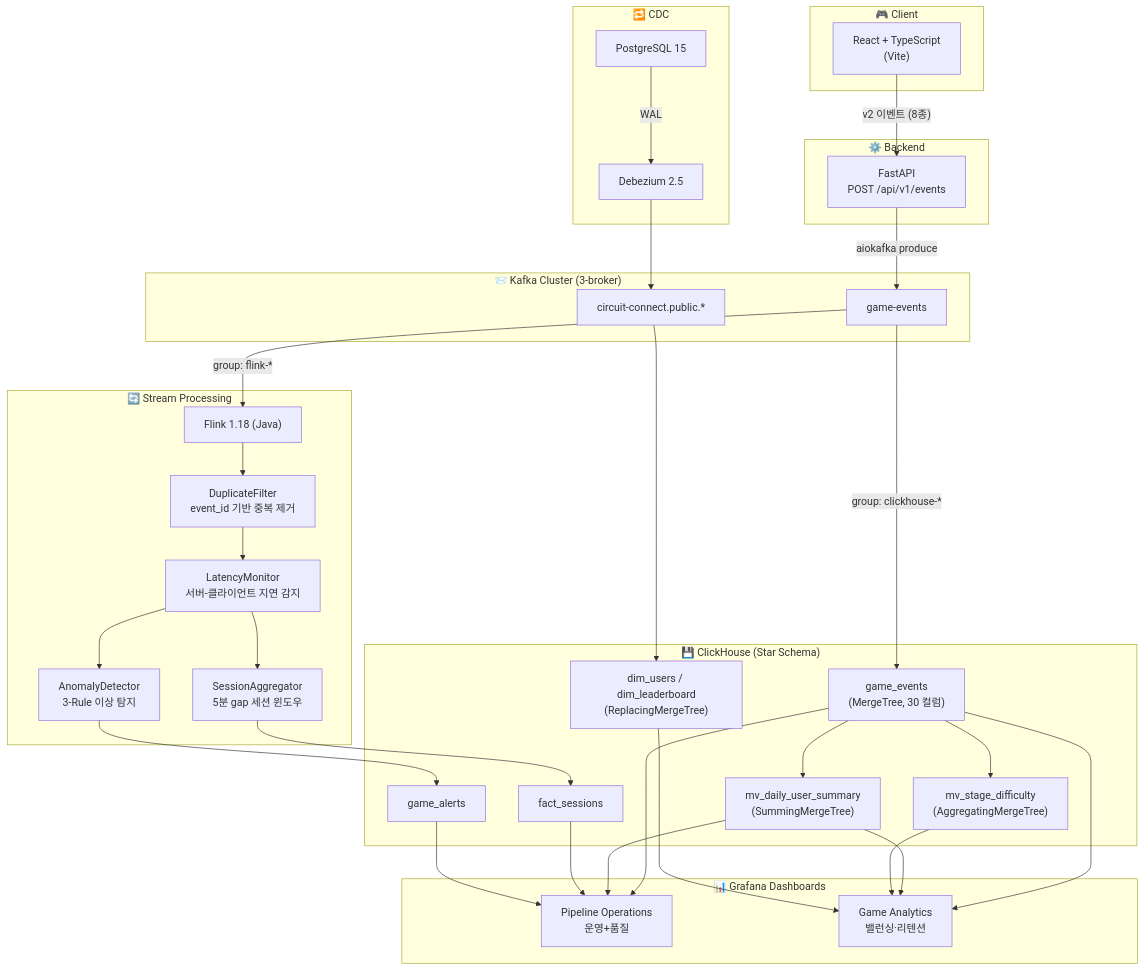
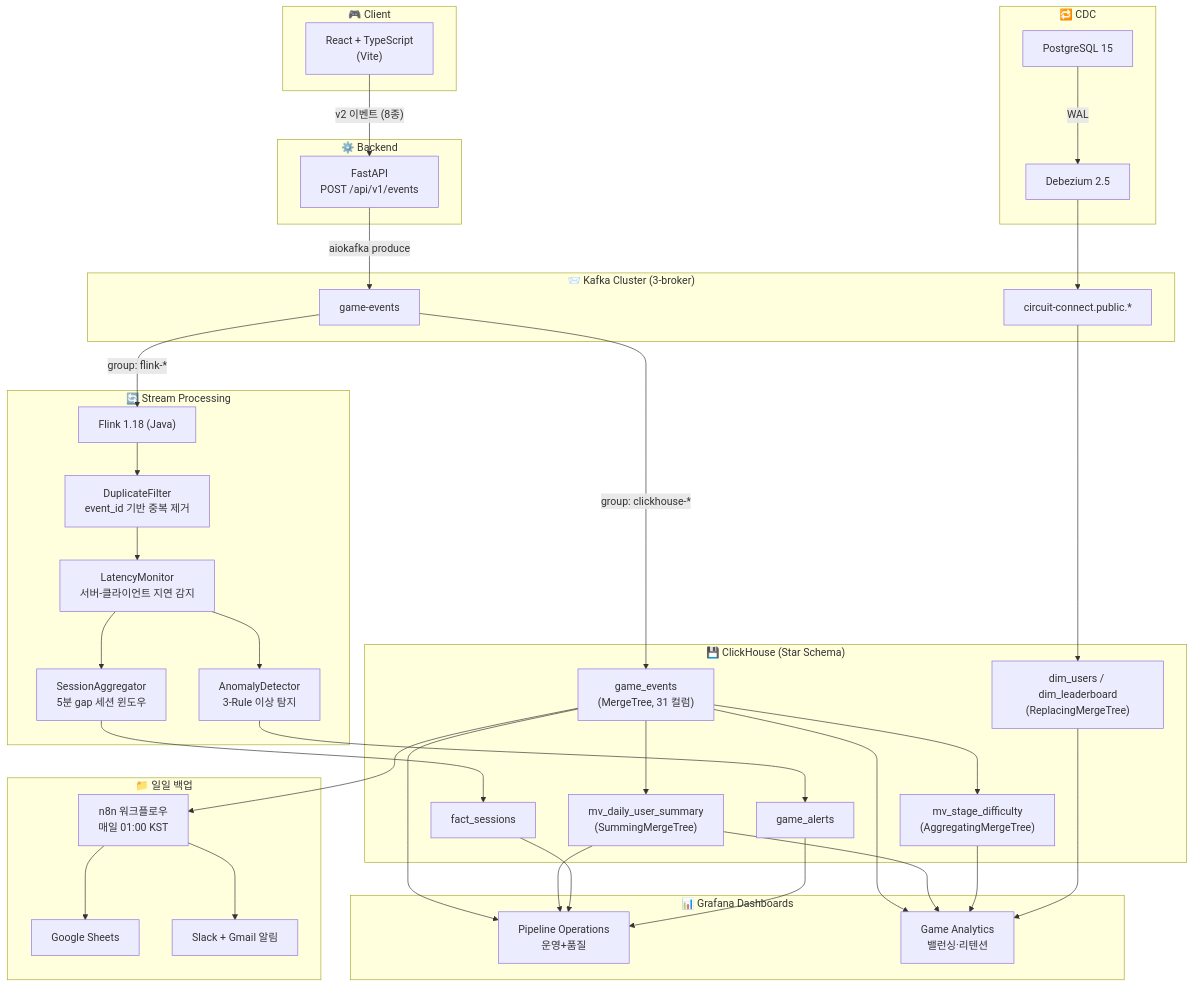
Before and after one commit to Aguantar/circuit-connect: the diagram in README.md, drawn with Mermaid. The commit also changed other lines of this file and 23 other files, not shown here.

````diff
--- a/README.md
+++ b/README.md
@@ -29,71 +40,80 @@
 ```mermaid
 flowchart TB
     subgraph CLIENT["🎮 Client"]
         FE["React + TypeScript<br/>(Vite)"]
     end
 
     subgraph BACKEND["⚙️ Backend"]
         API["FastAPI<br/>POST /api/v1/events"]
     end
 
     subgraph KAFKA["📨 Kafka Cluster (3-broker)"]
         GE_TOPIC["game-events"]
         CDC_TOPIC["circuit-connect.public.*"]
     end
 
     subgraph STREAM["🔄 Stream Processing"]
         FLINK["Flink 1.18 (Java)"]
         DP["DuplicateFilter<br/>event_id 기반 중복 제거"]
         LM["LatencyMonitor<br/>서버-클라이언트 지연 감지"]
         SA["SessionAggregator<br/>5분 gap 세션 윈도우"]
         AD["AnomalyDetector<br/>3-Rule 이상 탐지"]
     end
 
     subgraph STORAGE["💾 ClickHouse (Star Schema)"]
-        FACT["game_events<br/>(MergeTree, 30 컬럼)"]
+        FACT["game_events<br/>(MergeTree, 31 컬럼)"]
         MV1["mv_daily_user_summary<br/>(SummingMergeTree)"]
         MV2["mv_stage_difficulty<br/>(AggregatingMergeTree)"]
         FS["fact_sessions"]
         GA["game_alerts"]
         DIM["dim_users / dim_leaderboard<br/>(ReplacingMergeTree)"]
     end
 
     subgraph CDC["🔁 CDC"]
         PG["PostgreSQL 15"]
         DBZ["Debezium 2.5"]
     end
 
     subgraph VIZ["📊 Grafana Dashboards"]
         D1["Pipeline Operations<br/>운영+품질"]
         D2["Game Analytics<br/>밸런싱·리텐션"]
+    end
+
+    subgraph BACKUP["📁 일일 백업"]
+        N8N["n8n 워크플로우<br/>매일 01:00 KST"]
+        GS["Google Sheets"]
+        ALERT["Slack + Gmail 알림"]
     end
 
     FE -- "v2 이벤트 (8종)" --> API
     API -- "aiokafka produce" --> GE_TOPIC
 
     GE_TOPIC -- "group: clickhouse-*" --> FACT
     GE_TOPIC -- "group: flink-*" --> FLINK
 
     FLINK --> DP --> LM
     LM --> SA --> FS
     LM --> AD --> GA
 
     FACT --> MV1
     FACT --> MV2
 
     PG -- "WAL" --> DBZ --> CDC_TOPIC --> DIM
 
     FACT --> D1 & D2
     MV1 --> D1 & D2
     MV2 --> D2
     FS --> D1
     GA --> D1
     DIM --> D2
 
+    FACT --> N8N --> GS
+    N8N --> ALERT
+
     classDef client fill:#1a1a2e,stroke:#e94560,color:#fff
     classDef backend fill:#16213e,stroke:#0f3460,color:#fff
     classDef kafka fill:#1a1a2e,stroke:#f39c12,color:#fff
     classDef flink fill:#0d1b2a,stroke:#00b4d8,color:#fff
     classDef storage fill:#1b2838,stroke:#48cae4,color:#fff
     classDef viz fill:#1a1a2e,stroke:#06d6a0,color:#fff
 ```
````
